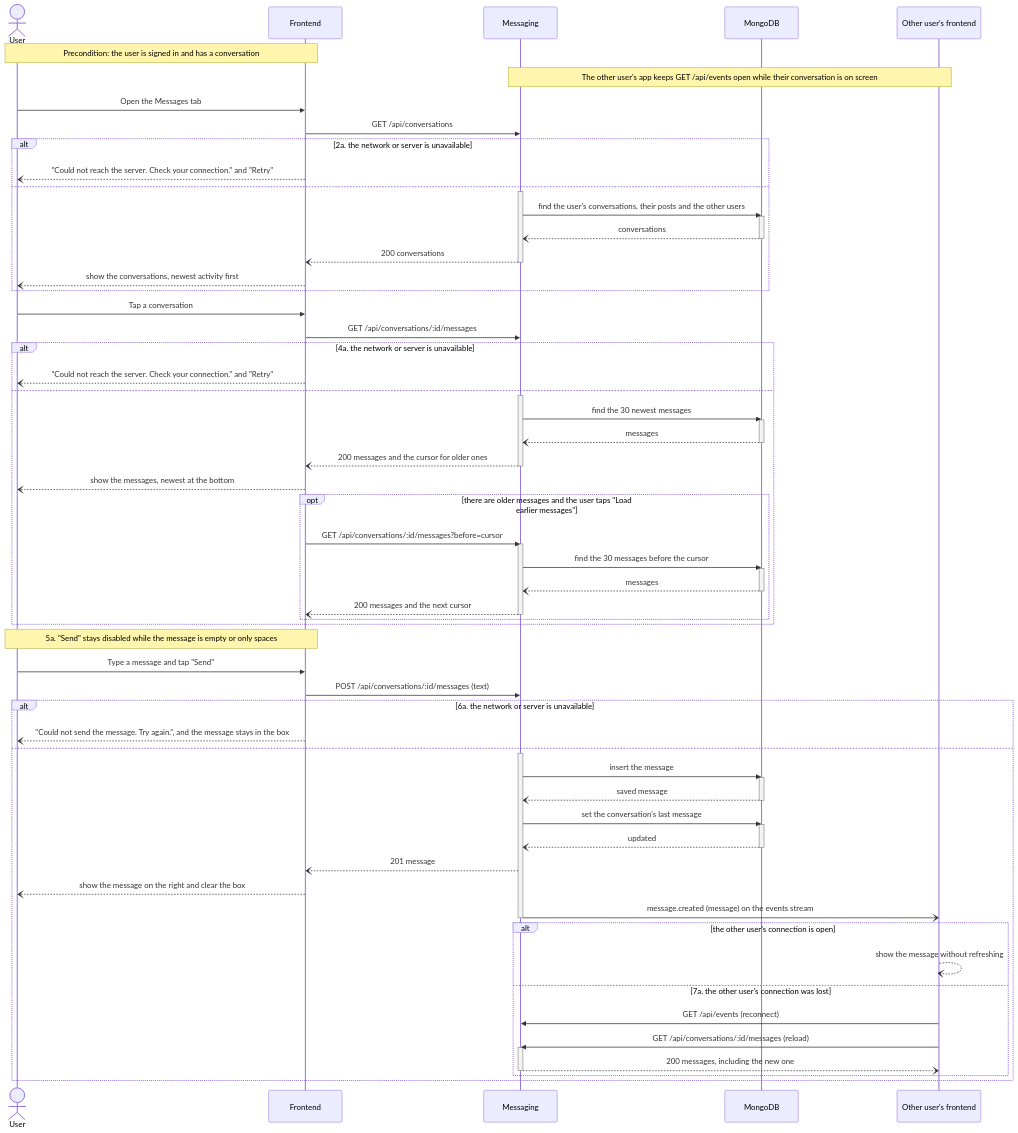
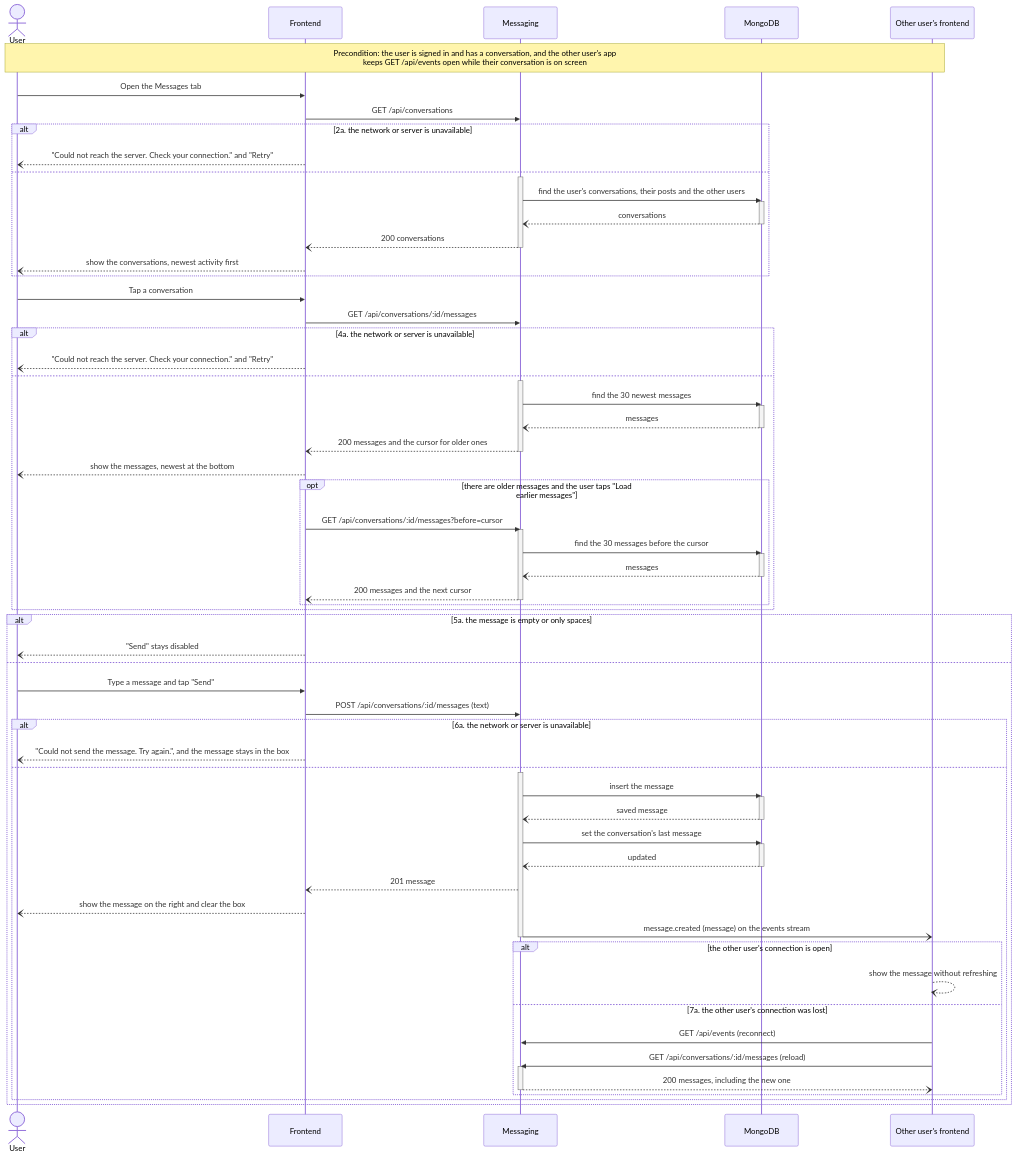
Before and after one commit to m1lun/MatchMarket: the fifth of 6 diagrams in documentation/Requirements_and_Design.md, drawn with Mermaid. The commit also changed other lines of this file, not shown here.

Commit message:
docs: show the on-screen failures as branches instead of notes

````diff
--- a/documentation/Requirements_and_Design.md
+++ b/documentation/Requirements_and_Design.md
@@ -669,77 +674,79 @@
 ```mermaid
 sequenceDiagram
     actor U as User
     participant FE as Frontend
     participant MS as Messaging
     participant DB as MongoDB
     participant O as Other user's frontend
-    Note over U,FE: Precondition: the user is signed in and has a conversation
-    Note over MS,O: The other user's app keeps GET /api/events open while their conversation is on screen
+    Note over U,O: Precondition: the user is signed in and has a conversation, and the other user's app<br/>keeps GET /api/events open while their conversation is on screen
     U->>FE: Open the Messages tab
     FE->>MS: GET /api/conversations
     alt 2a. the network or server is unavailable
         FE--)U: "Could not reach the server. Check your connection." and "Retry"
     else
         activate MS
         MS->>DB: find the user's conversations, their posts and the other users
         activate DB
         DB--)MS: conversations
         deactivate DB
         MS--)FE: 200 conversations
         deactivate MS
         FE--)U: show the conversations, newest activity first
     end
     U->>FE: Tap a conversation
     FE->>MS: GET /api/conversations/:id/messages
     alt 4a. the network or server is unavailable
         FE--)U: "Could not reach the server. Check your connection." and "Retry"
     else
         activate MS
         MS->>DB: find the 30 newest messages
         activate DB
         DB--)MS: messages
         deactivate DB
         MS--)FE: 200 messages and the cursor for older ones
         deactivate MS
         FE--)U: show the messages, newest at the bottom
         opt there are older messages and the user taps "Load earlier messages"
             FE->>MS: GET /api/conversations/:id/messages?before=cursor
             activate MS
             MS->>DB: find the 30 messages before the cursor
             activate DB
             DB--)MS: messages
             deactivate DB
             MS--)FE: 200 messages and the next cursor
             deactivate MS
         end
     end
-    Note over U,FE: 5a. "Send" stays disabled while the message is empty or only spaces
-    U->>FE: Type a message and tap "Send"
-    FE->>MS: POST /api/conversations/:id/messages (text)
-    alt 6a. the network or server is unavailable
-        FE--)U: "Could not send the message. Try again.", and the message stays in the box
+    alt 5a. the message is empty or only spaces
+        FE--)U: "Send" stays disabled
     else
-        activate MS
-        MS->>DB: insert the message
-        activate DB
-        DB--)MS: saved message
-        deactivate DB
-        MS->>DB: set the conversation's last message
-        activate DB
-        DB--)MS: updated
-        deactivate DB
-        MS--)FE: 201 message
-        FE--)U: show the message on the right and clear the box
-        MS-)O: message.created (message) on the events stream
-        deactivate MS
-        alt the other user's connection is open
-            O--)O: show the message without refreshing
-        else 7a. the other user's connection was lost
-            O->>MS: GET /api/events (reconnect)
-            O->>MS: GET /api/conversations/:id/messages (reload)
+        U->>FE: Type a message and tap "Send"
+        FE->>MS: POST /api/conversations/:id/messages (text)
+        alt 6a. the network or server is unavailable
+            FE--)U: "Could not send the message. Try again.", and the message stays in the box
+        else
             activate MS
-            MS--)O: 200 messages, including the new one
+            MS->>DB: insert the message
+            activate DB
+            DB--)MS: saved message
+            deactivate DB
+            MS->>DB: set the conversation's last message
+            activate DB
+            DB--)MS: updated
+            deactivate DB
+            MS--)FE: 201 message
+            FE--)U: show the message on the right and clear the box
+            MS-)O: message.created (message) on the events stream
             deactivate MS
+            alt the other user's connection is open
+                O--)O: show the message without refreshing
+            else 7a. the other user's connection was lost
+                O->>MS: GET /api/events (reconnect)
+                O->>MS: GET /api/conversations/:id/messages (reload)
+                activate MS
+                MS--)O: 200 messages, including the new one
+                deactivate MS
+            end
         end
     end
 ```
````
